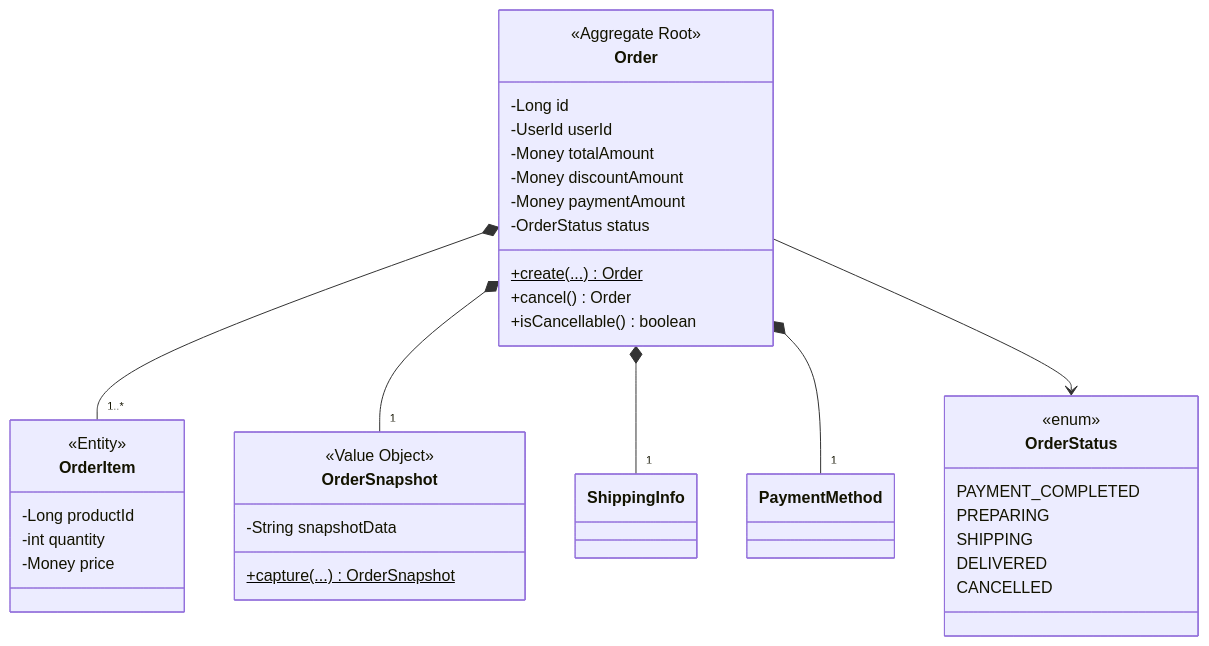
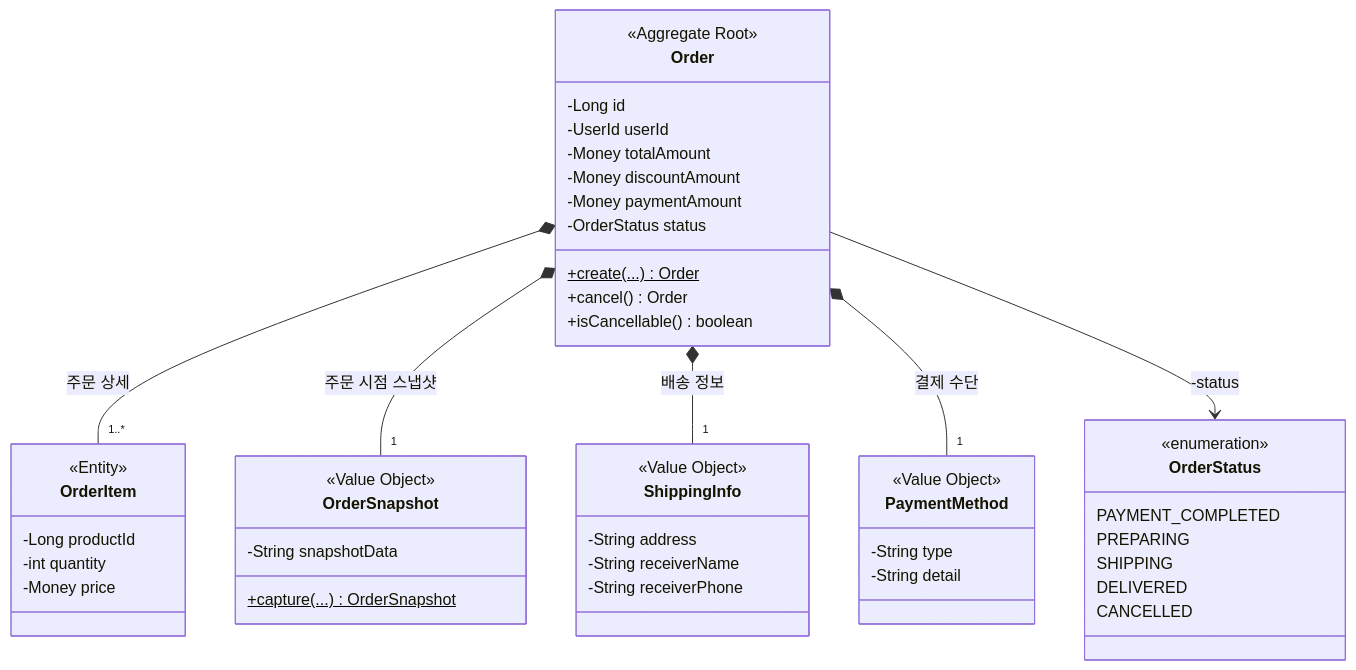
Before and after one commit to ukukdin/loop-pack-be-l2-vol3-java: the ninth of 9 diagrams in .docs/design/03-class-diagram.md, drawn with Mermaid. The commit also changed other lines of this file, not shown here.

Commit message:
⏺ refactor: class-diagram 수정

````diff
--- a/.docs/design/03-class-diagram.md
+++ b/.docs/design/03-class-diagram.md
@@ -403,40 +839,54 @@
 ```mermaid
 classDiagram
-    Order *-- "1..*" OrderItem
-    Order *-- "1" OrderSnapshot
-    Order *-- "1" ShippingInfo
-    Order *-- "1" PaymentMethod
-    Order --> OrderStatus
-
     class Order {
         <<Aggregate Root>>
         -Long id
         -UserId userId
         -Money totalAmount
         -Money discountAmount
         -Money paymentAmount
         -OrderStatus status
         +create(...)$ Order
         +cancel() Order
         +isCancellable() boolean
     }
     class OrderItem {
         <<Entity>>
         -Long productId
         -int quantity
         -Money price
     }
     class OrderStatus {
-        <<enum>>
+        <<enumeration>>
         PAYMENT_COMPLETED
         PREPARING
         SHIPPING
         DELIVERED
         CANCELLED
     }
     class OrderSnapshot {
         <<Value Object>>
         -String snapshotData
         +capture(...)$ OrderSnapshot
     }
+    class ShippingInfo {
+        <<Value Object>>
+        -String address
+        -String receiverName
+        -String receiverPhone
+    }
+    class PaymentMethod {
+        <<Value Object>>
+        -String type
+        -String detail
+    }
+
+    %% 합성 (Composition) - Order 소멸 시 함께 소멸
+    Order *-- "1..*" OrderItem : 주문 상세
+    Order *-- "1" OrderSnapshot : 주문 시점 스냅샷
+    Order *-- "1" ShippingInfo : 배송 정보
+    Order *-- "1" PaymentMethod : 결제 수단
+
+    %% 연관 (Association) - enum 참조
+    Order --> OrderStatus : -status
 ```
````
